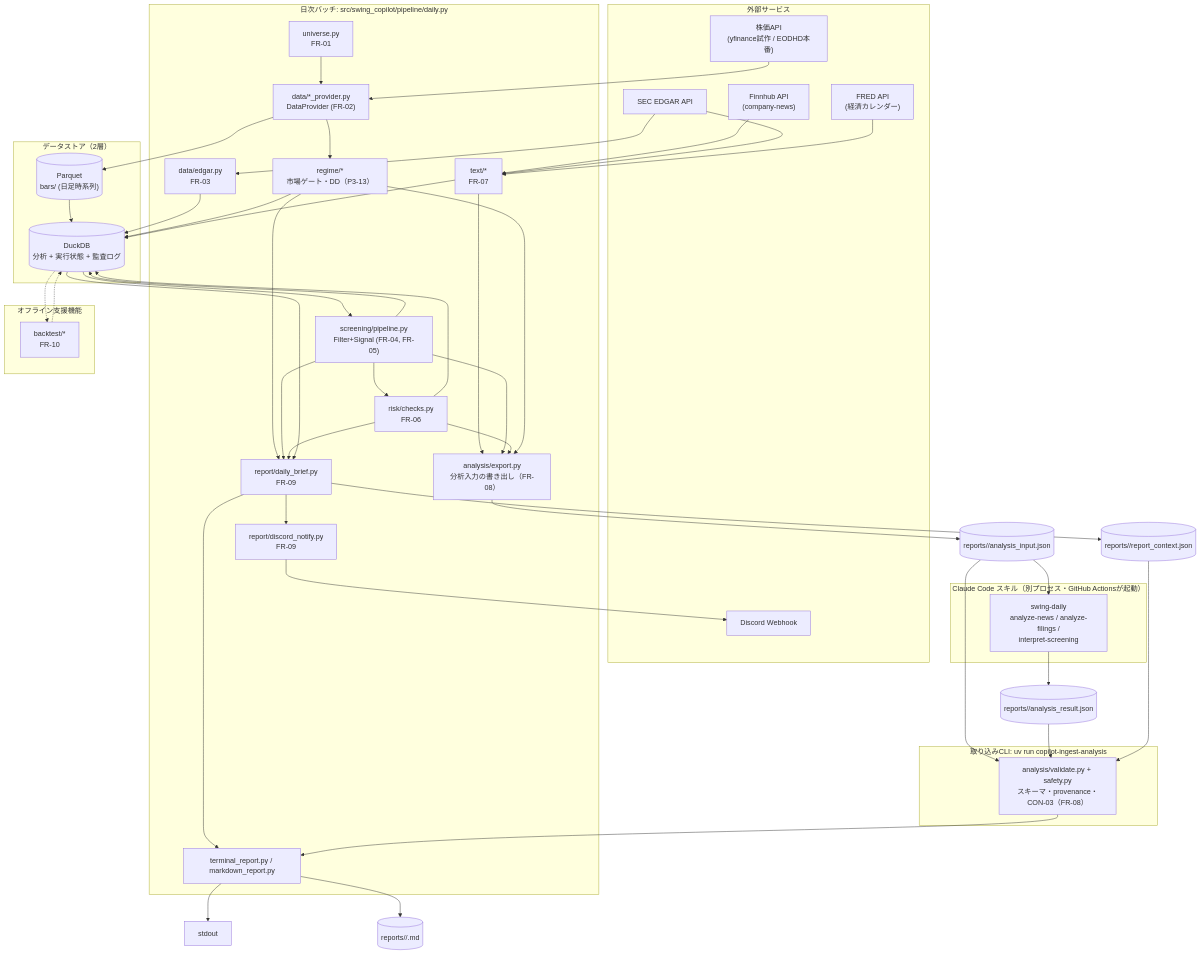
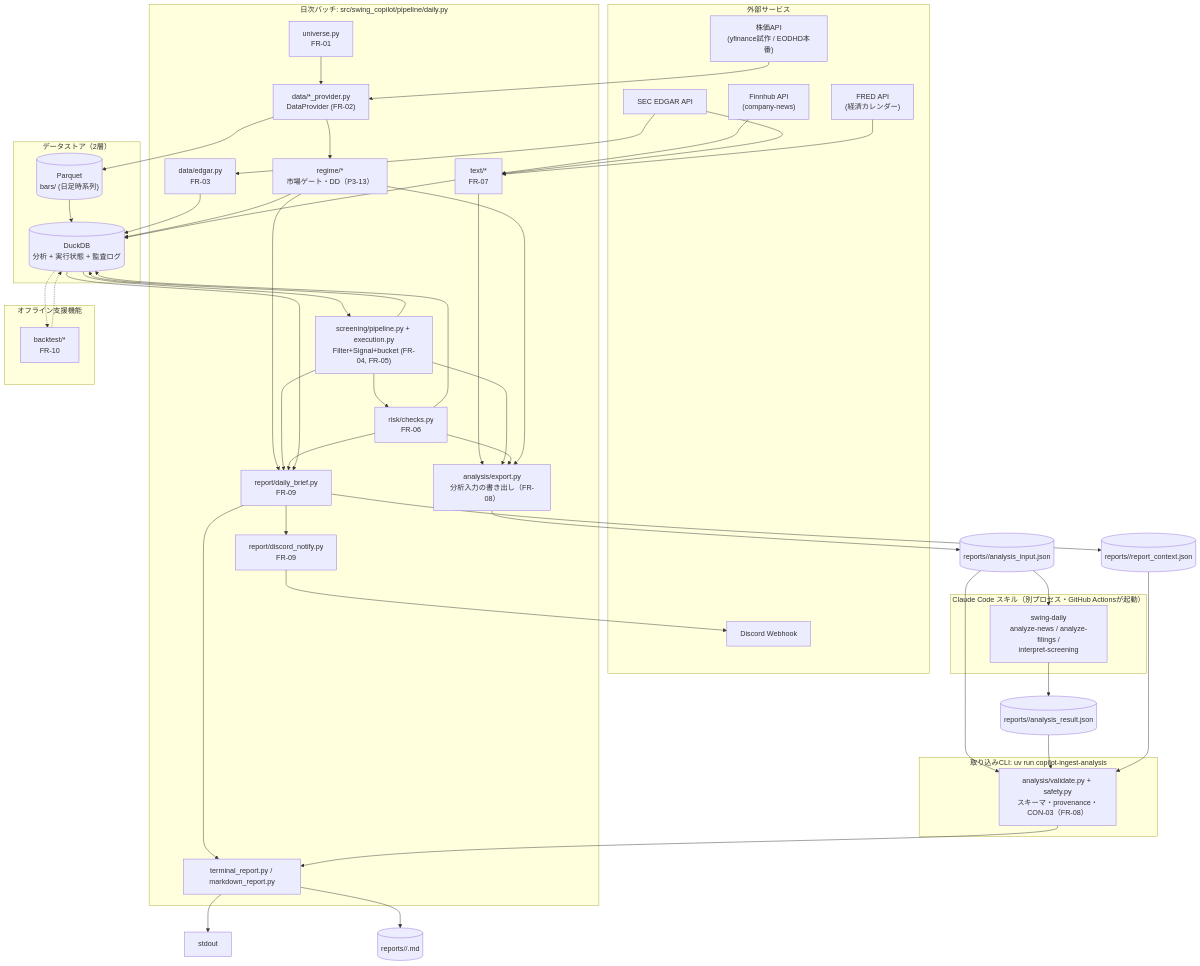
One commit to tomada1114/swing-copilot changed the first of 3 diagrams in docs/03_basic_design.md. Above: the diagram before and after it, drawn with Mermaid. The commit also changed other lines of this file and 19 other files, not shown here.

```diff
--- a/docs/03_basic_design.md
+++ b/docs/03_basic_design.md
@@ -50,7 +50,7 @@
         UNIV["universe.py<br/>FR-01"]
         DP["data/*_provider.py<br/>DataProvider (FR-02)"]
         EDG["data/edgar.py<br/>FR-03"]
-        SCR["screening/pipeline.py<br/>Filter+Signal (FR-04, FR-05)"]
+        SCR["screening/pipeline.py + execution.py<br/>Filter+Signal+bucket (FR-04, FR-05)"]
         REG["regime/*<br/>市場ゲート・DD（P3-13）"]
         RISK["risk/checks.py<br/>FR-06"]
         TXT["text/*<br/>FR-07"]
```
